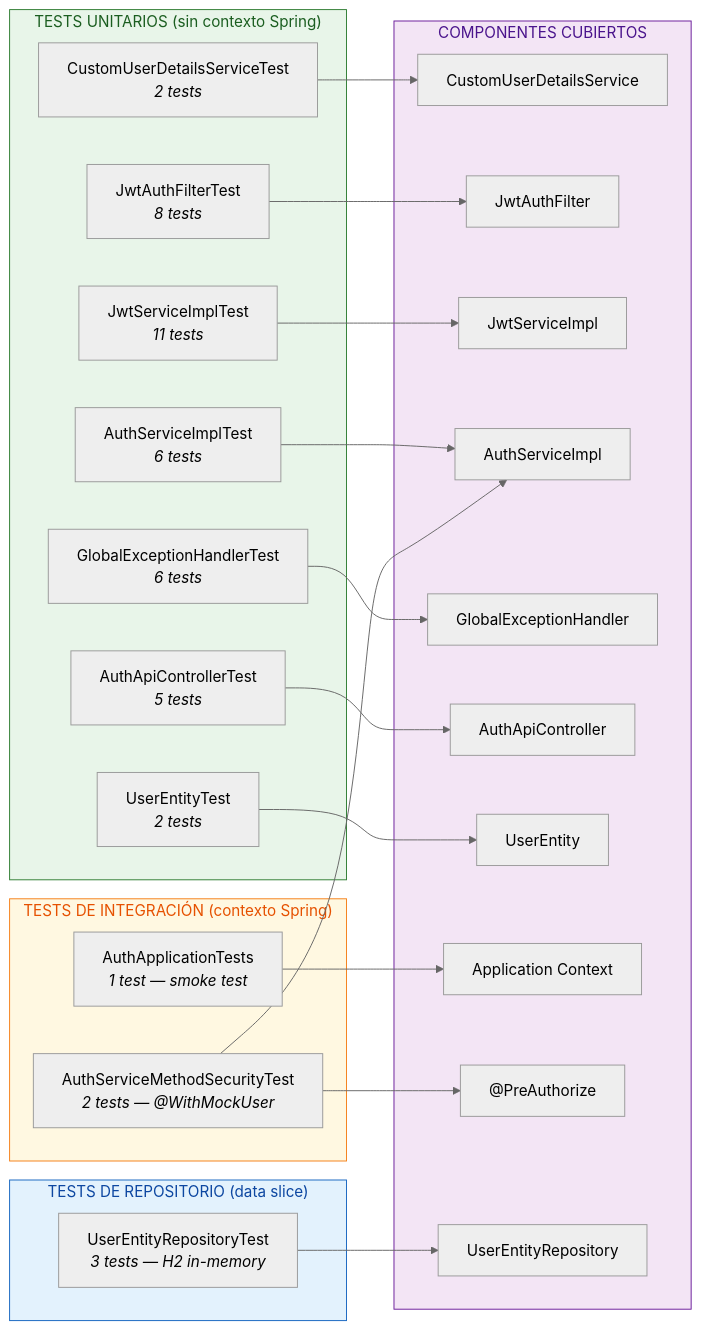
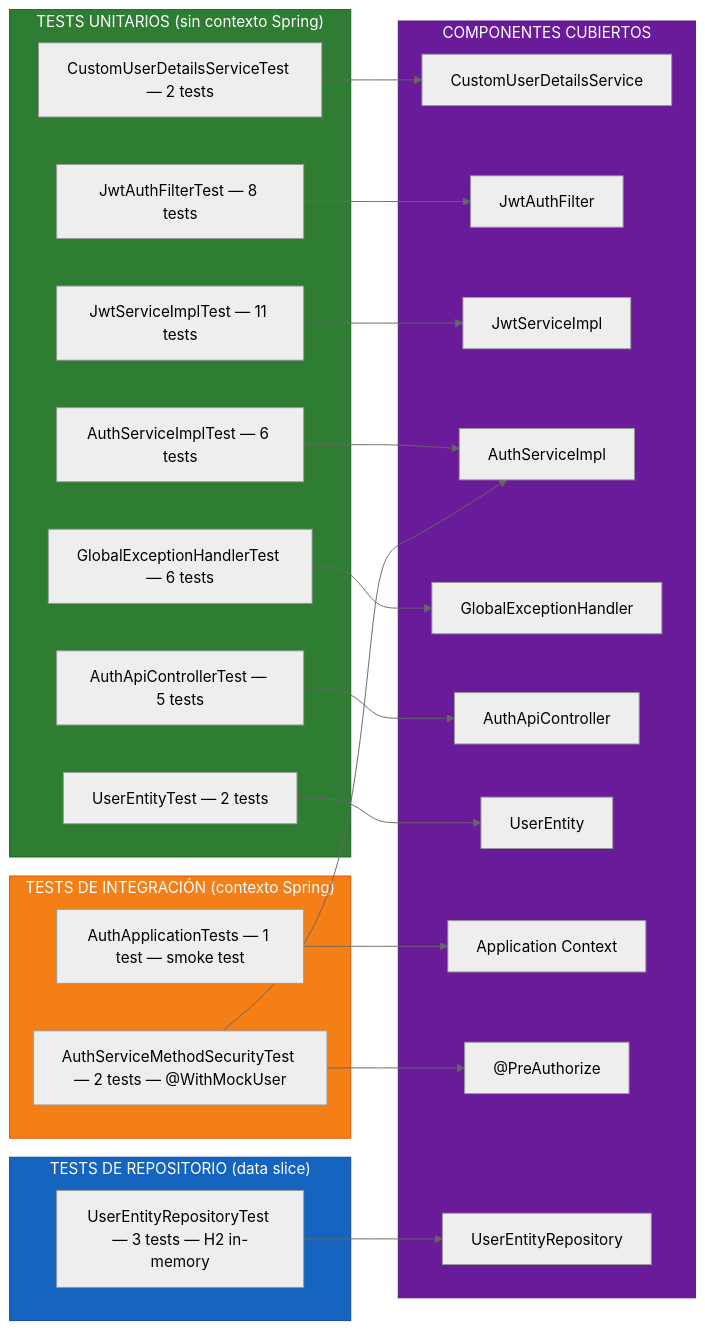
One commit to dio-quincarDev/springsecurity-basics changed the sixth of 8 diagrams in docs/ARQUITECTURA.md. Above: the diagram before and after it, drawn with Mermaid (neutral theme). The commit also changed other lines of this file, not shown here.

Commit message:
Mejora de Diagramas

````diff
--- a/docs/ARQUITECTURA.md
+++ b/docs/ARQUITECTURA.md
@@ -245,52 +245,51 @@
 ```mermaid
 graph LR
     subgraph UNIT["TESTS UNITARIOS (sin contexto Spring)"]
-        T1["CustomUserDetailsServiceTest<br/><i>2 tests</i>"]
-        T2["JwtAuthFilterTest<br/><i>8 tests</i>"]
-        T3["JwtServiceImplTest<br/><i>11 tests</i>"]
-        T4["AuthServiceImplTest<br/><i>6 tests</i>"]
-        T5["GlobalExceptionHandlerTest<br/><i>6 tests</i>"]
-        T6["AuthApiControllerTest<br/><i>5 tests</i>"]
-        T7["UserEntityTest<br/><i>2 tests</i>"]
+        T1["CustomUserDetailsServiceTest — 2 tests"]
+        T2["JwtAuthFilterTest — 8 tests"]
+        T3["JwtServiceImplTest — 11 tests"]
+        T4["AuthServiceImplTest — 6 tests"]
+        T5["GlobalExceptionHandlerTest — 6 tests"]
+        T6["AuthApiControllerTest — 5 tests"]
+        T7["UserEntityTest — 2 tests"]
     end
 
-    subgraph INTEGRATION["TESTS DE INTEGRACIÓN (contexto Spring)"
-]
-        T8["AuthApplicationTests<br/><i>1 test — smoke test</i>"]
-        T9["AuthServiceMethodSecurityTest<br/><i>2 tests — @WithMockUser</i>"]
+    subgraph INTEGRATION["TESTS DE INTEGRACIÓN (contexto Spring)"]
+        T8["AuthApplicationTests — 1 test — smoke test"]
+        T9["AuthServiceMethodSecurityTest — 2 tests — @WithMockUser"]
     end
 
     subgraph SLICE["TESTS DE REPOSITORIO (data slice)"]
-        T10["UserEntityRepositoryTest<br/><i>3 tests — H2 in-memory</i>"]
+        T10["UserEntityRepositoryTest — 3 tests — H2 in-memory"]
     end
 
     subgraph COMPONENTS["COMPONENTES CUBIERTOS"]
         C1["CustomUserDetailsService"]
         C2["JwtAuthFilter"]
         C3["JwtServiceImpl"]
         C4["AuthServiceImpl"]
         C5["GlobalExceptionHandler"]
         C6["AuthApiController"]
         C7["UserEntity"]
         C8["Application Context"]
         C9["@PreAuthorize"]
         C10["UserEntityRepository"]
     end
 
     T1 --> C1
     T2 --> C2
     T3 --> C3
     T4 --> C4
     T5 --> C5
     T6 --> C6
     T7 --> C7
     T8 --> C8
     T9 --> C4
     T9 --> C9
     T10 --> C10
 
-    style UNIT fill:#e8f5e9,stroke:#2e7d32,color:#1b5e20
-    style INTEGRATION fill:#fff8e1,stroke:#f57f17,color:#e65100
-    style SLICE fill:#e3f2fd,stroke:#1565c0,color:#0d47a1
-    style COMPONENTS fill:#f3e5f5,stroke:#6a1b9a,color:#4a148c
+    style UNIT fill:#2e7d32,stroke:#1b5e20,color:#ffffff
+    style INTEGRATION fill:#f57f17,stroke:#e65100,color:#ffffff
+    style SLICE fill:#1565c0,stroke:#0d47a1,color:#ffffff
+    style COMPONENTS fill:#6a1b9a,stroke:#4a148c,color:#ffffff
 ```
````
